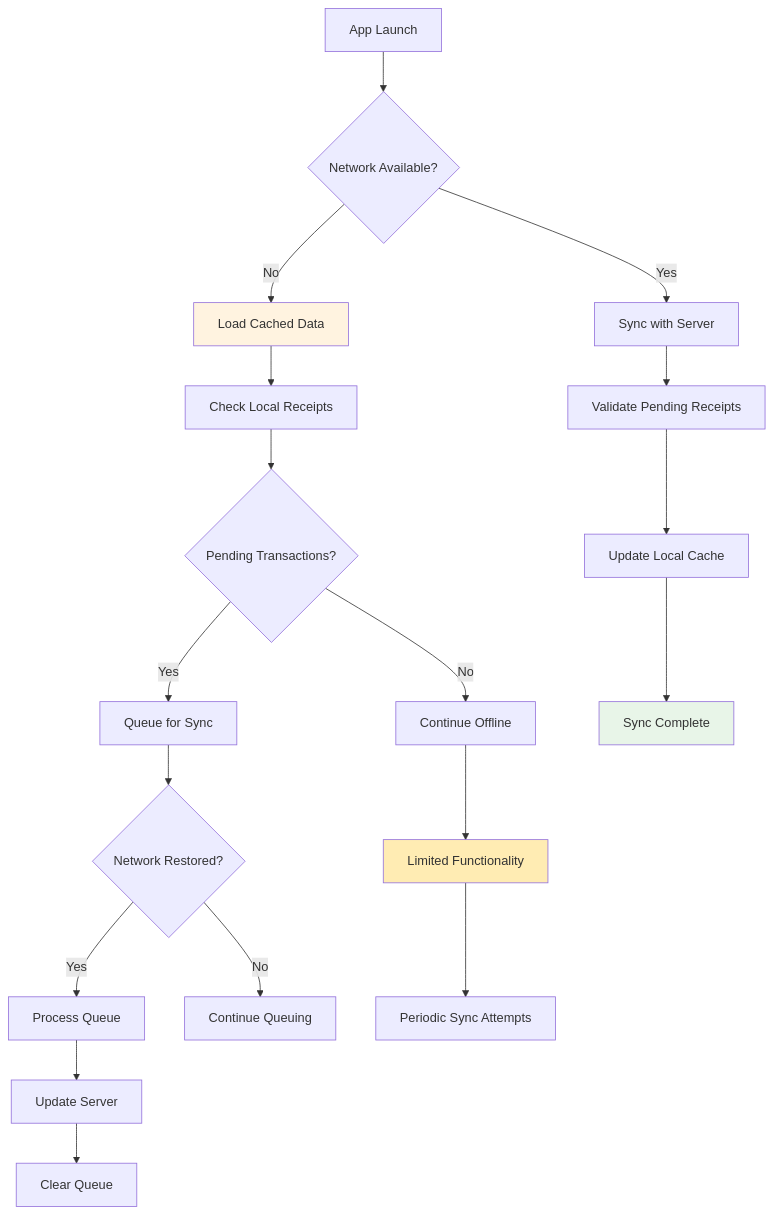
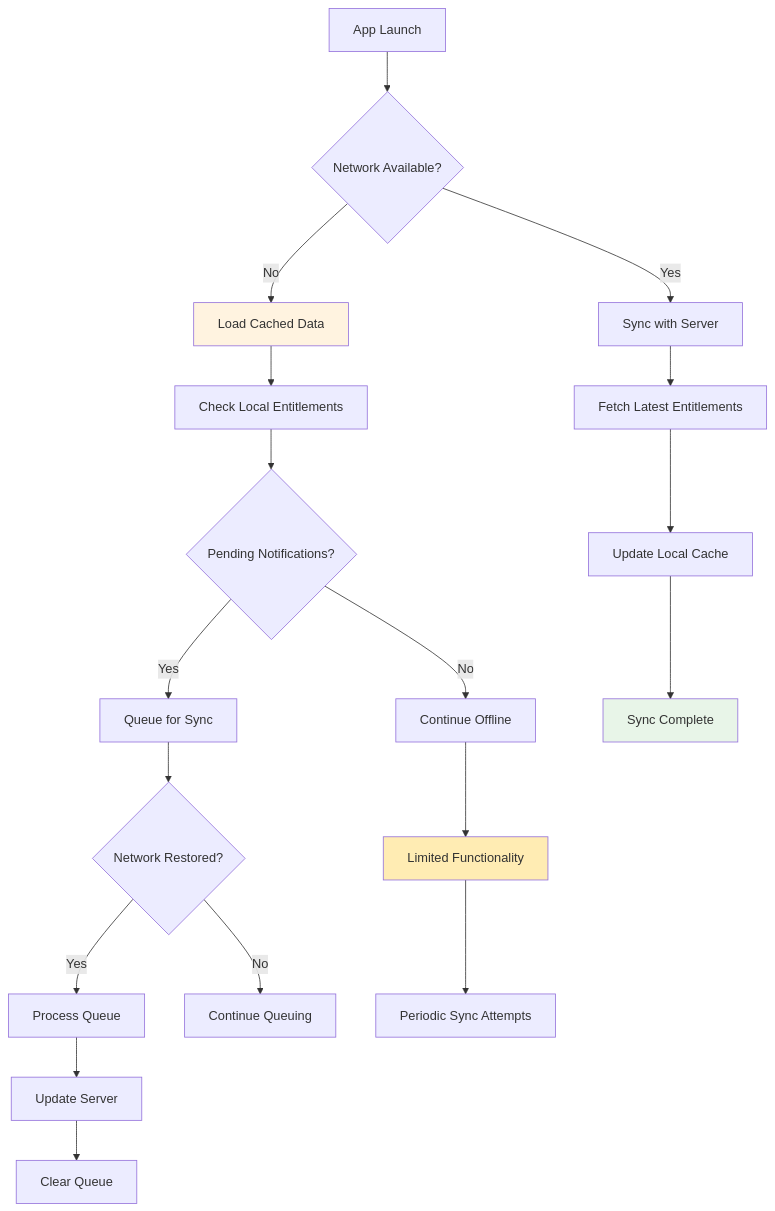
One commit to tnstoyanov/applePayInAppBt changed the seventh of 10 diagrams in architecture/flow-diagrams.md. Above: the diagram before and after it, drawn with Mermaid. The commit also changed other lines of this file and 5 other files, not shown here.

````diff
--- a/architecture/flow-diagrams.md
+++ b/architecture/flow-diagrams.md
@@ -211,29 +211,29 @@
 ```mermaid
 flowchart TD
     A[App Launch] --> B{Network Available?}
     B -->|No| C[Load Cached Data]
     B -->|Yes| D[Sync with Server]
     
-    C --> E[Check Local Receipts]
-    E --> F{Pending Transactions?}
+    C --> E[Check Local Entitlements]
+    E --> F{Pending Notifications?}
     F -->|Yes| G[Queue for Sync]
     F -->|No| H[Continue Offline]
     
-    D --> I[Validate Pending Receipts]
+    D --> I[Fetch Latest Entitlements]
     I --> J[Update Local Cache]
     J --> K[Sync Complete]
     
     G --> L{Network Restored?}
     L -->|Yes| M[Process Queue]
     L -->|No| N[Continue Queuing]
     
     M --> O[Update Server]
     O --> P[Clear Queue]
     
     H --> Q[Limited Functionality]
     Q --> R[Periodic Sync Attempts]
     
     style C fill:#fff3e0
     style Q fill:#ffecb3
     style K fill:#e8f5e8
 ```
````
